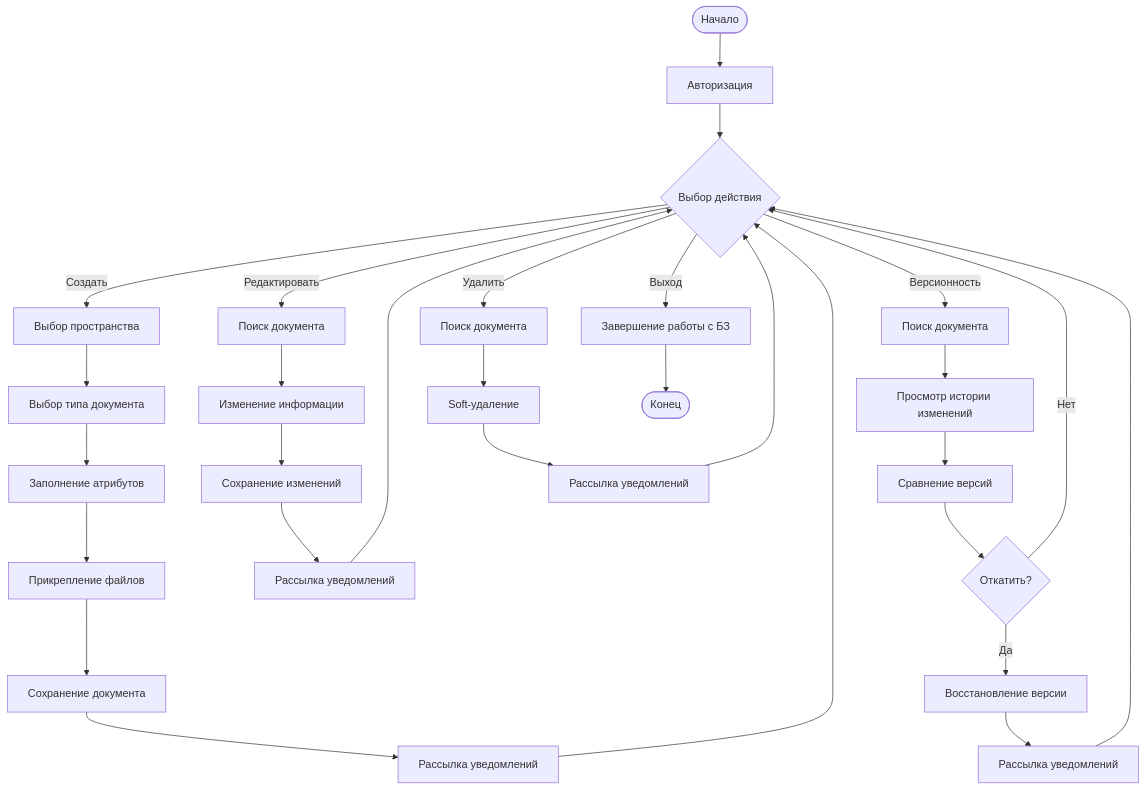
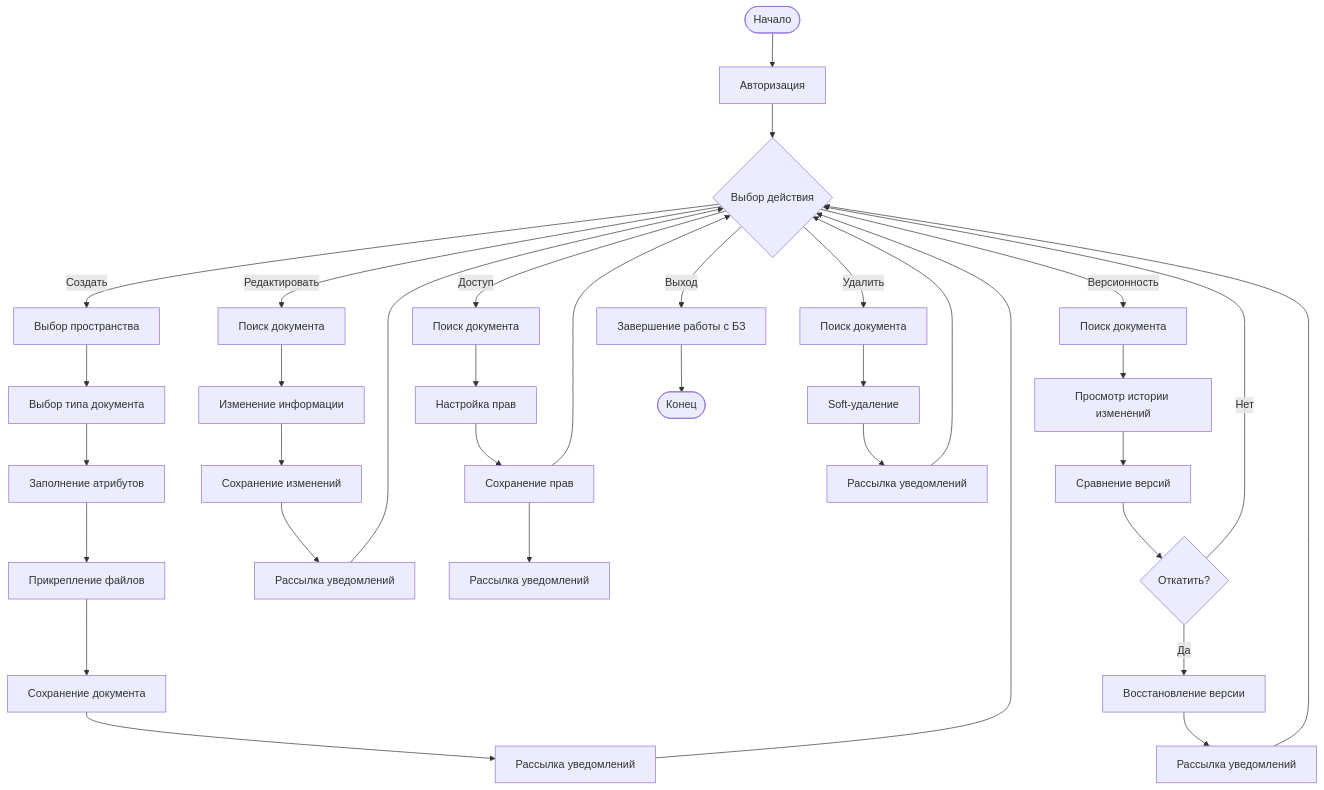
Before and after one commit to C23-501-SoftDev/Docs: the second of 4 diagrams in base-requirements.md, drawn with Mermaid. The commit also changed other lines of this file and 2 other files, not shown here.

````diff
--- a/base-requirements.md
+++ b/base-requirements.md
@@ -113,36 +113,42 @@
 ```mermaid
 graph TD
     Start([Начало]) --> Login[Авторизация]
     Login --> Action{Выбор действия}
     
     Action -->|Создать| SelectSpace[Выбор пространства]
     SelectSpace --> Create[Выбор типа документа]
     Create --> Fill[Заполнение атрибутов]
     Fill --> Attach[Прикрепление файлов]
     Attach --> SaveNew[Сохранение документа]
     SaveNew --> SendNotifyNew[Рассылка уведомлений]
     SendNotifyNew --> Action
     
     Action -->|Редактировать| Find[Поиск документа]
     Find --> Edit[Изменение информации]
     Edit --> SaveEdit[Сохранение изменений]
     SaveEdit --> SendNotifyEdit[Рассылка уведомлений]
     SendNotifyEdit --> Action
     
+    Action -->|Доступ| FindAccess[Поиск документа]
+    FindAccess --> SetAccess[Настройка прав]
+    SetAccess --> SaveAccess[Сохранение прав]
+    SaveAccess --> SendNotifyAccess[Рассылка уведомлений]
+    SaveAccess --> Action
+    
     Action -->|Версионность| FindVer[Поиск документа]
     FindVer --> ViewHist[Просмотр истории изменений]
     ViewHist --> Compare[Сравнение версий]
     Compare --> Restore{Откатить?}
     Restore -->|Да| DoRestore[Восстановление версии]
     Restore -->|Нет| Action
     DoRestore --> SendNotifyRestore[Рассылка уведомлений]
     SendNotifyRestore --> Action
 
     Action -->|Удалить| FindDel[Поиск документа]
     FindDel --> SoftDelete[Soft-удаление]
     SoftDelete --> SendNotifyDel[Рассылка уведомлений]
     SendNotifyDel --> Action
     
     Action -->|Выход| Logout[Завершение работы с БЗ]
     Logout --> End([Конец])
 ```
````
